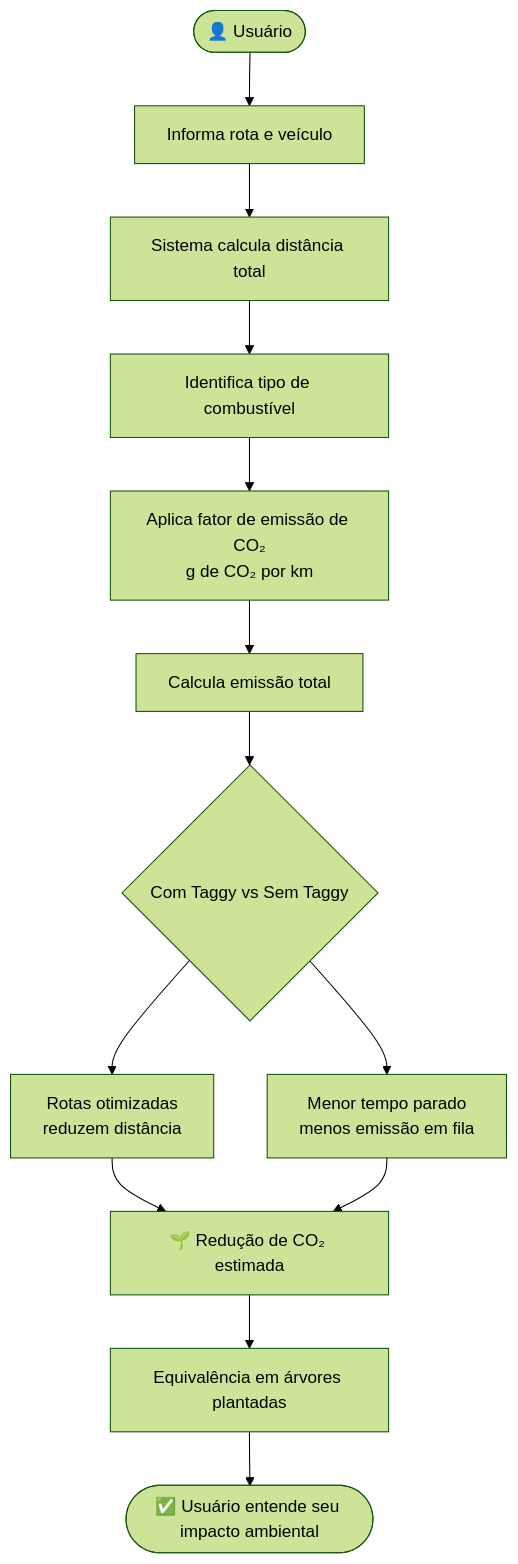
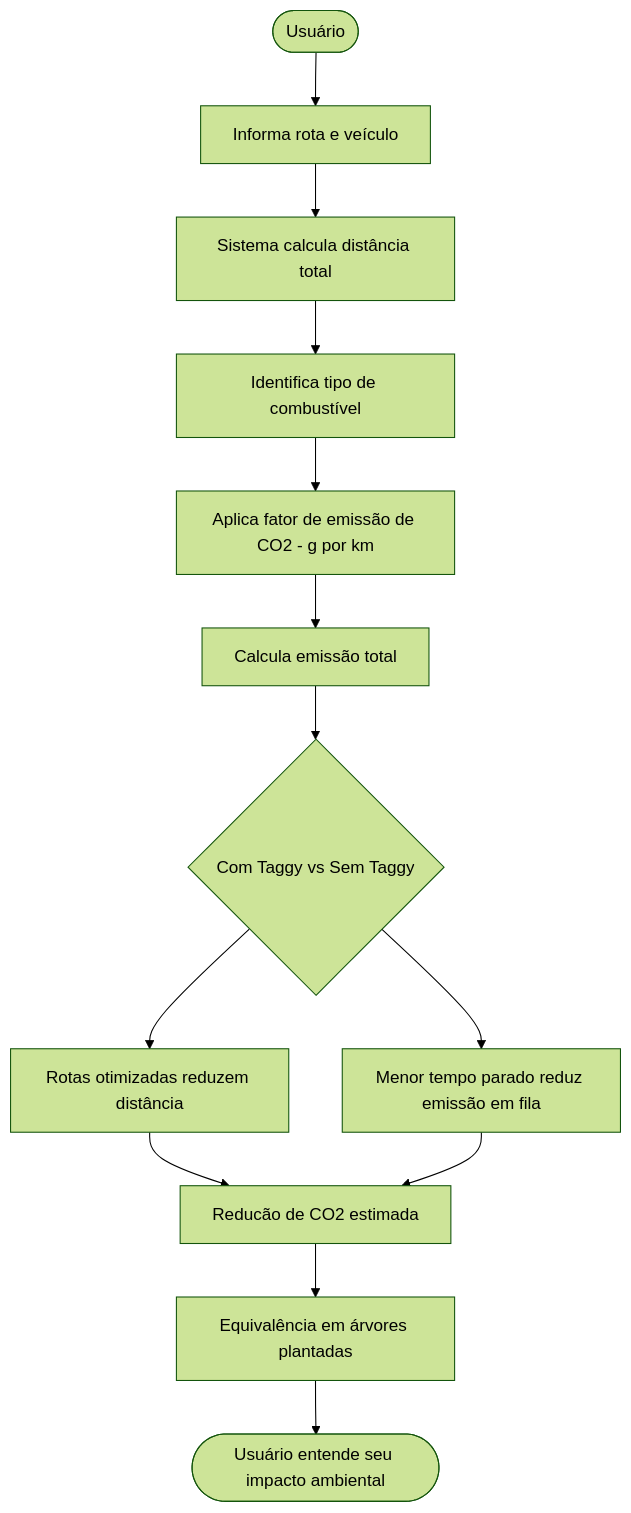
One commit to gabriellucasknp/Carbon-Defuse changed the eighth of 10 diagrams in README.md. Above: the diagram before and after it, drawn with Mermaid (forest theme). The commit also changed other lines of this file, not shown here.

Commit message:
Fix formatting and improve user story diagrams

````diff
--- a/README.md
+++ b/README.md
@@ -371,14 +371,14 @@
 ```mermaid
 flowchart TD
-    A([👤 Usuário]) --> B[Informa rota e veículo]
+    A([Usuário]) --> B[Informa rota e veículo]
     B --> C[Sistema calcula distância total]
     C --> D[Identifica tipo de combustível]
-    D --> E[Aplica fator de emissão de CO₂\ng de CO₂ por km]
+    D --> E[Aplica fator de emissão de CO2 - g por km]
     E --> F[Calcula emissão total]
     F --> G{Com Taggy vs Sem Taggy}
-    G --> H[Rotas otimizadas\nreduzem distância]
-    G --> I[Menor tempo parado\nmenos emissão em fila]
-    H & I --> J[🌱 Redução de CO₂ estimada]
+    G --> H[Rotas otimizadas reduzem distância]
+    G --> I[Menor tempo parado reduz emissão em fila]
+    H & I --> J[Reducão de CO2 estimada]
     J --> K[Equivalência em árvores plantadas]
-    K --> L([✅ Usuário entende seu impacto ambiental])
+    K --> L([Usuário entende seu impacto ambiental])
 ```
````
